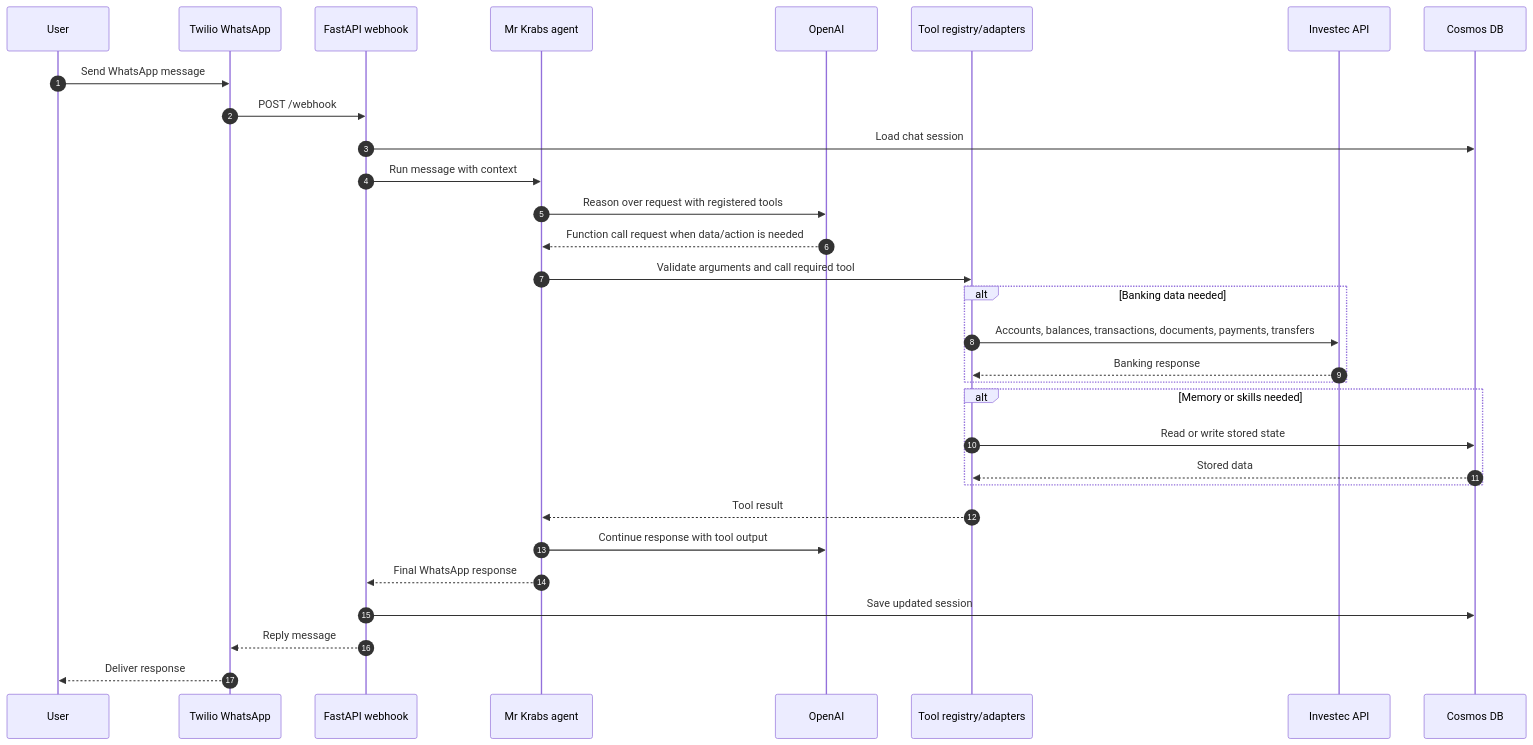
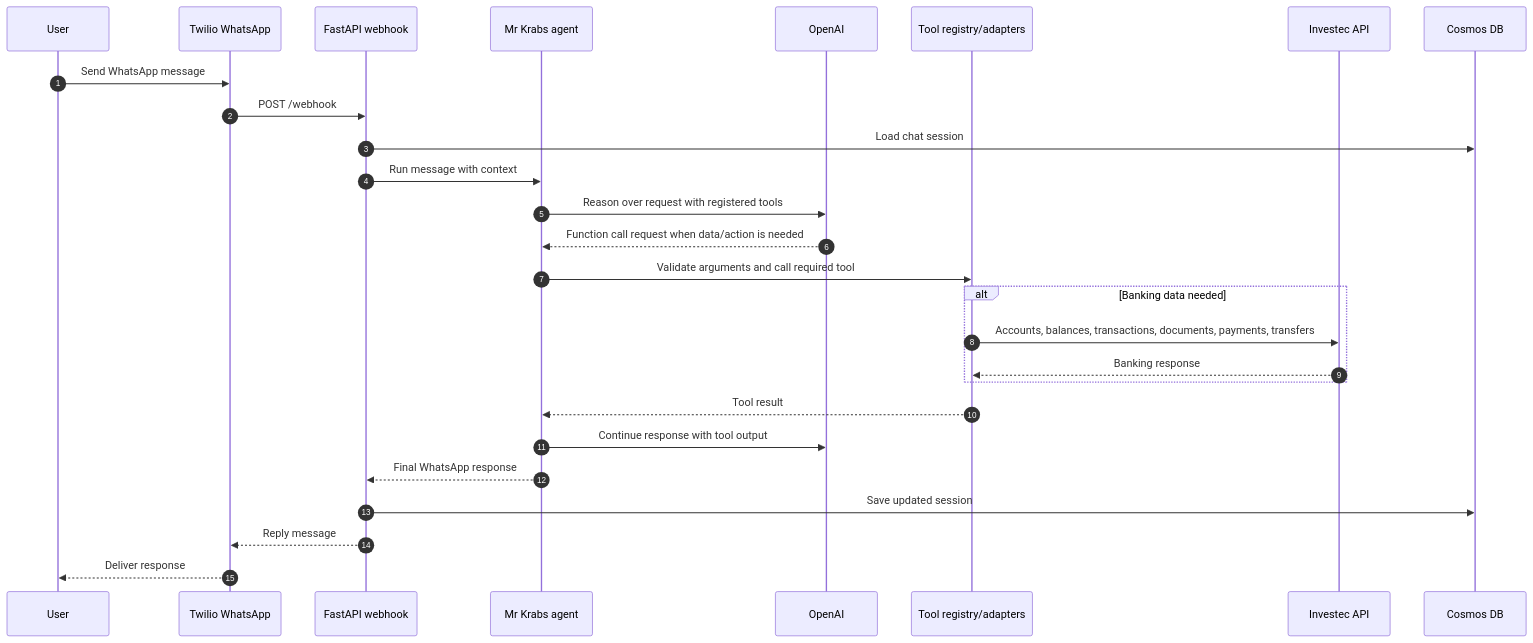
Before and after one commit to tjabane/tjabane.agent.julius: the second of 2 diagrams in docs/solution-diagram.md, drawn with Mermaid. The commit also changed other lines of this file and 14 other files, not shown here.

````diff
--- a/docs/solution-diagram.md
+++ b/docs/solution-diagram.md
@@ -68,34 +68,30 @@
 ```mermaid
 sequenceDiagram
     autonumber
     participant User
     participant Twilio as Twilio WhatsApp
     participant API as FastAPI webhook
     participant Agent as Mr Krabs agent
     participant OpenAI
     participant Tools as Tool registry/adapters
     participant Investec as Investec API
     participant Cosmos as Cosmos DB
 
     User->>Twilio: Send WhatsApp message
     Twilio->>API: POST /webhook
     API->>Cosmos: Load chat session
     API->>Agent: Run message with context
     Agent->>OpenAI: Reason over request with registered tools
     OpenAI-->>Agent: Function call request when data/action is needed
     Agent->>Tools: Validate arguments and call required tool
     alt Banking data needed
         Tools->>Investec: Accounts, balances, transactions, documents, payments, transfers
         Investec-->>Tools: Banking response
     end
-    alt Memory or skills needed
-        Tools->>Cosmos: Read or write stored state
-        Cosmos-->>Tools: Stored data
-    end
     Tools-->>Agent: Tool result
     Agent->>OpenAI: Continue response with tool output
     Agent-->>API: Final WhatsApp response
     API->>Cosmos: Save updated session
     API-->>Twilio: Reply message
     Twilio-->>User: Deliver response
 ```
````
